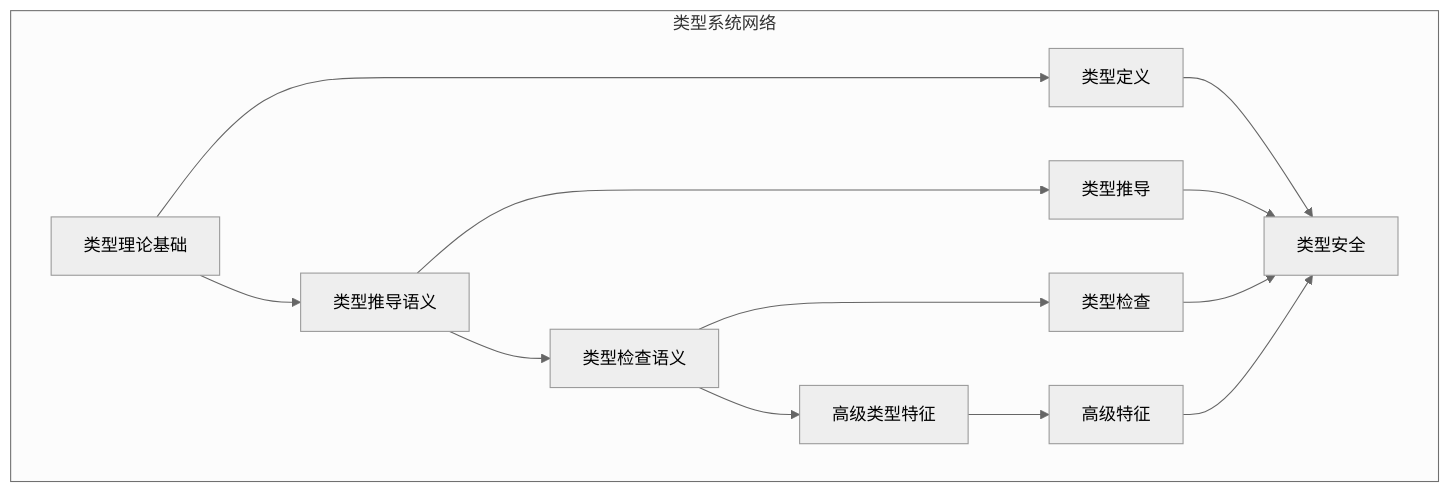
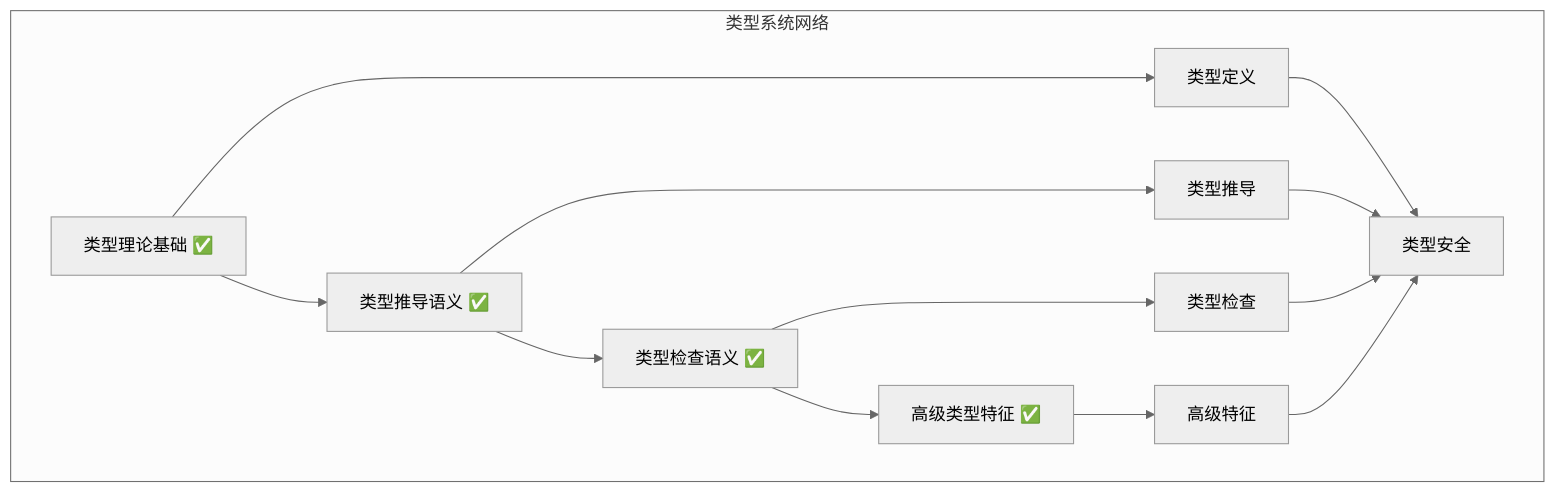
The diagram in formal_rust/refactor/01_core_theory/02_type_system/00_index.md (martin-ly/rust-lang), drawn with Mermaid (neutral theme) before and after one commit. The commit also changed other lines of this file and 33 other files, not shown here.

````diff
--- a/formal_rust/refactor/01_core_theory/02_type_system/00_index.md
+++ b/formal_rust/refactor/01_core_theory/02_type_system/00_index.md
@@ -81,18 +82,18 @@
 ```mermaid
 graph TB
     subgraph "类型系统网络"
-        A[类型理论基础] --> B[类型推导语义]
-        B --> C[类型检查语义]
-        C --> D[高级类型特征]
+        A[类型理论基础 ✅] --> B[类型推导语义 ✅]
+        B --> C[类型检查语义 ✅]
+        C --> D[高级类型特征 ✅]
         
         A --> E[类型定义]
         B --> F[类型推导]
         C --> G[类型检查]
         D --> H[高级特征]
         
         E --> I[类型安全]
         F --> I
         G --> I
         H --> I
     end
 ```
````
